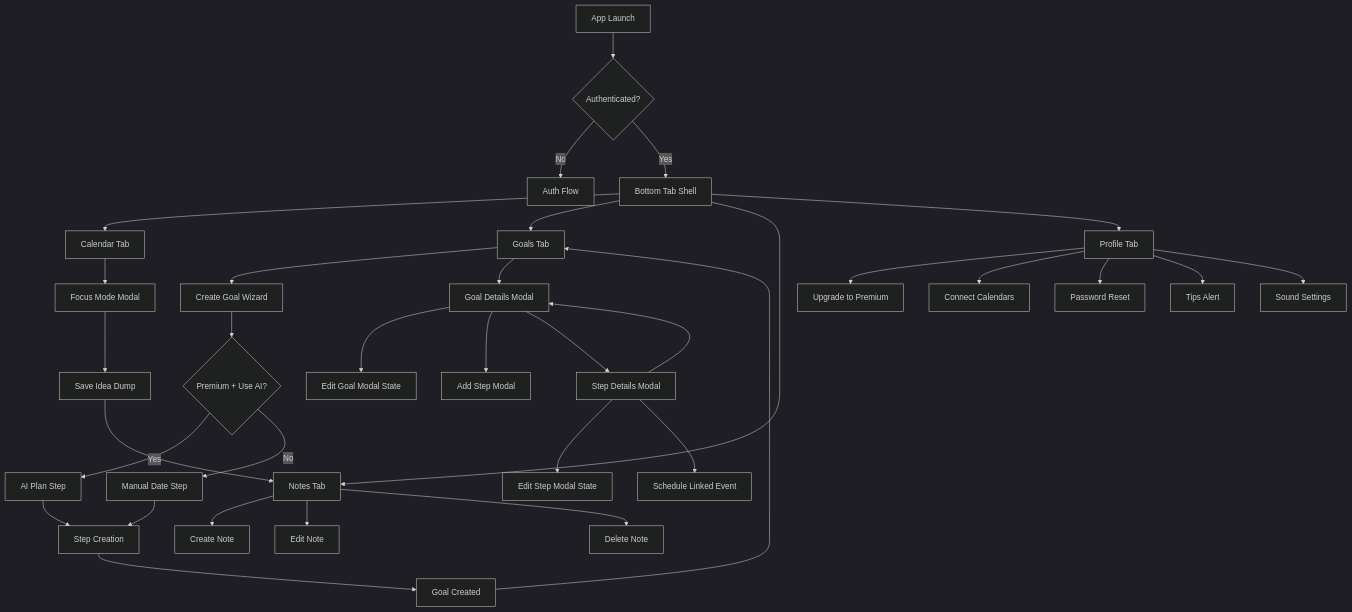
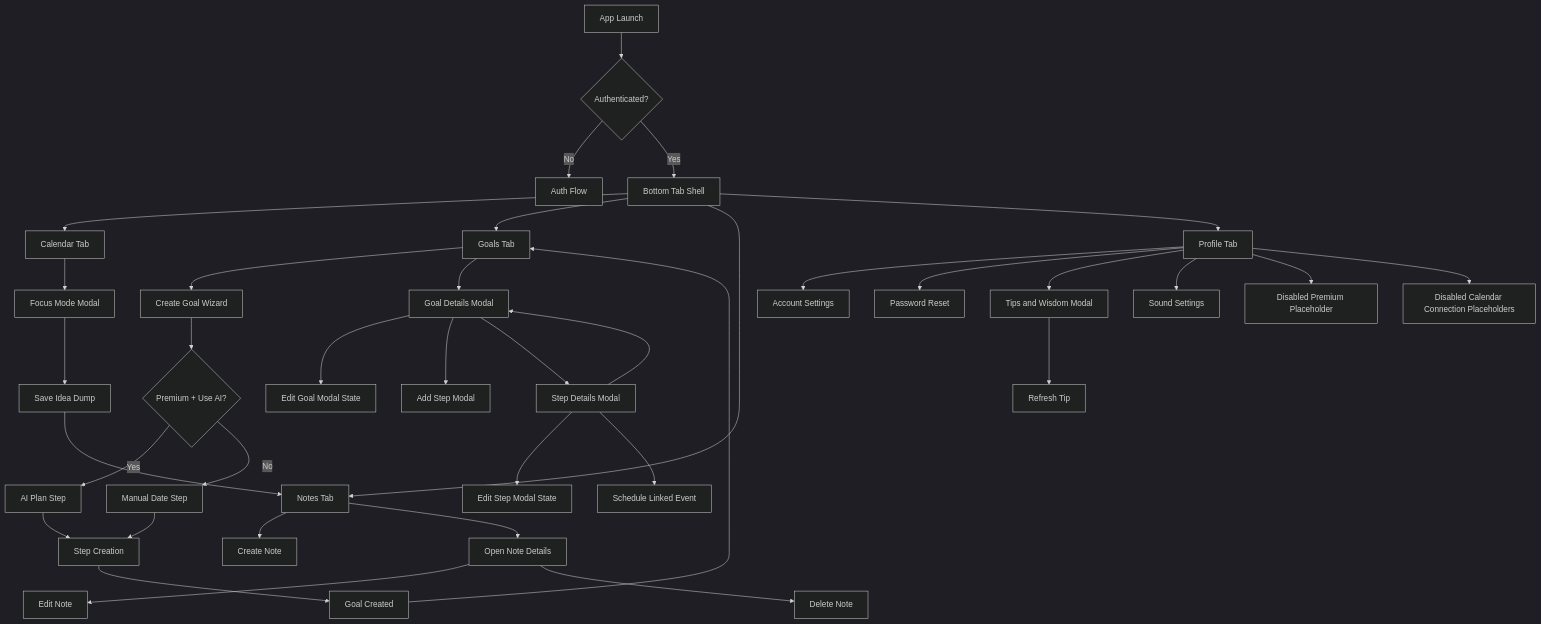
One commit to preston-bateman/Bearing changed the diagram in docs/UX_FLOW_MAP.md. Above: the diagram before and after it, drawn with Mermaid (dark theme). The commit also changed other lines of this file and 3 other files, not shown here.

````diff
--- a/docs/UX_FLOW_MAP.md
+++ b/docs/UX_FLOW_MAP.md
@@ -70,42 +74,45 @@
 ```mermaid
 flowchart TD
     A[App Launch] --> B{Authenticated?}
     B -->|No| C[Auth Flow]
     B -->|Yes| D[Bottom Tab Shell]
 
     D --> E[Calendar Tab]
     D --> F[Goals Tab]
     D --> G[Notes Tab]
     D --> H[Profile Tab]
 
     E --> I[Focus Mode Modal]
     I --> J[Save Idea Dump]
     J --> G
 
     F --> K[Create Goal Wizard]
     K --> L{Premium + Use AI?}
     L -->|Yes| M[AI Plan Step]
     L -->|No| N[Manual Date Step]
     M --> O[Step Creation]
     N --> O
     O --> P[Goal Created]
     P --> F
 
     F --> Q[Goal Details Modal]
     Q --> R[Edit Goal Modal State]
     Q --> S[Add Step Modal]
     Q --> T[Step Details Modal]
     T --> U[Edit Step Modal State]
     T --> V[Schedule Linked Event]
     T --> Q
 
-    G --> W[Create Note]
-    G --> X[Edit Note]
-    G --> Y[Delete Note]
+   G --> W[Create Note]
+   G --> X[Open Note Details]
+   X --> Y[Edit Note]
+   X --> ZA[Delete Note]
 
-    H --> Z[Upgrade to Premium]
-    H --> AA[Connect Calendars]
-    H --> AB[Password Reset]
-    H --> AC[Tips Alert]
-    H --> AD[Sound Settings]
+   H --> Z[Account Settings]
+   H --> AA[Password Reset]
+   H --> AB[Tips and Wisdom Modal]
+   AB --> AC[Refresh Tip]
+   H --> AD[Sound Settings]
+   H --> AE[Disabled Premium Placeholder]
+   H --> AF[Disabled Calendar Connection Placeholders]
 ```
````
